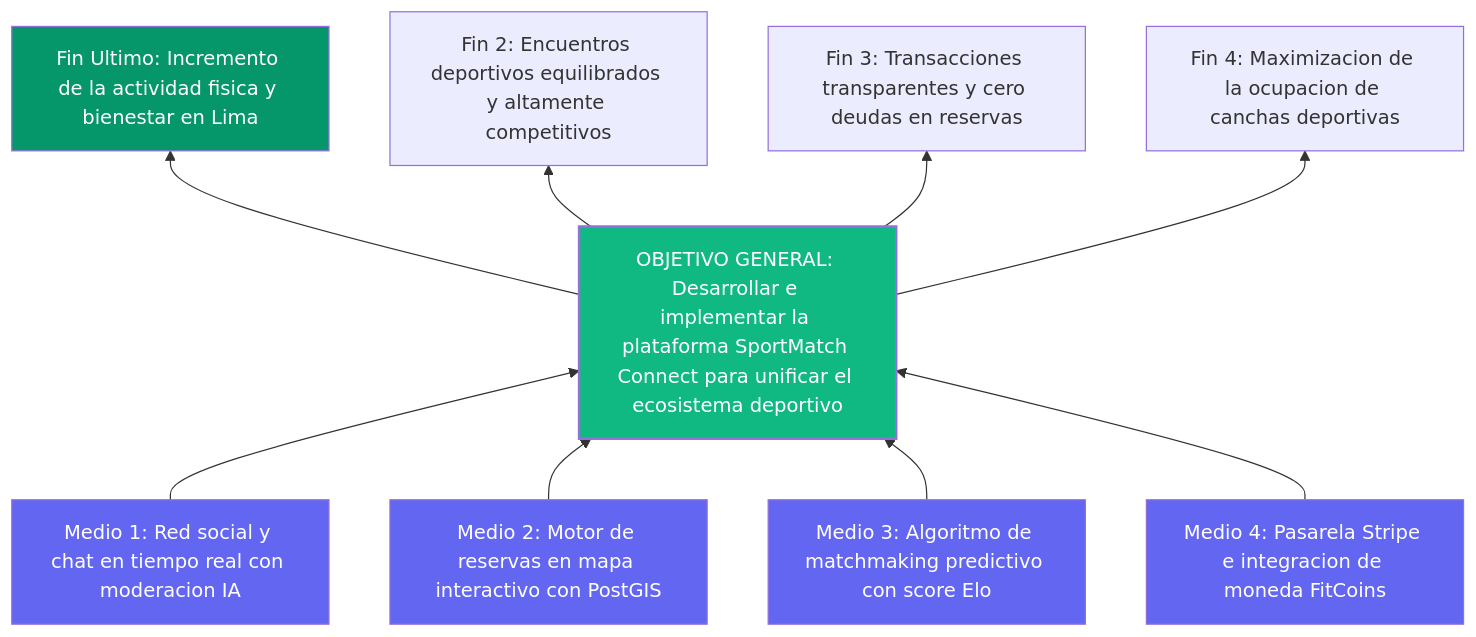
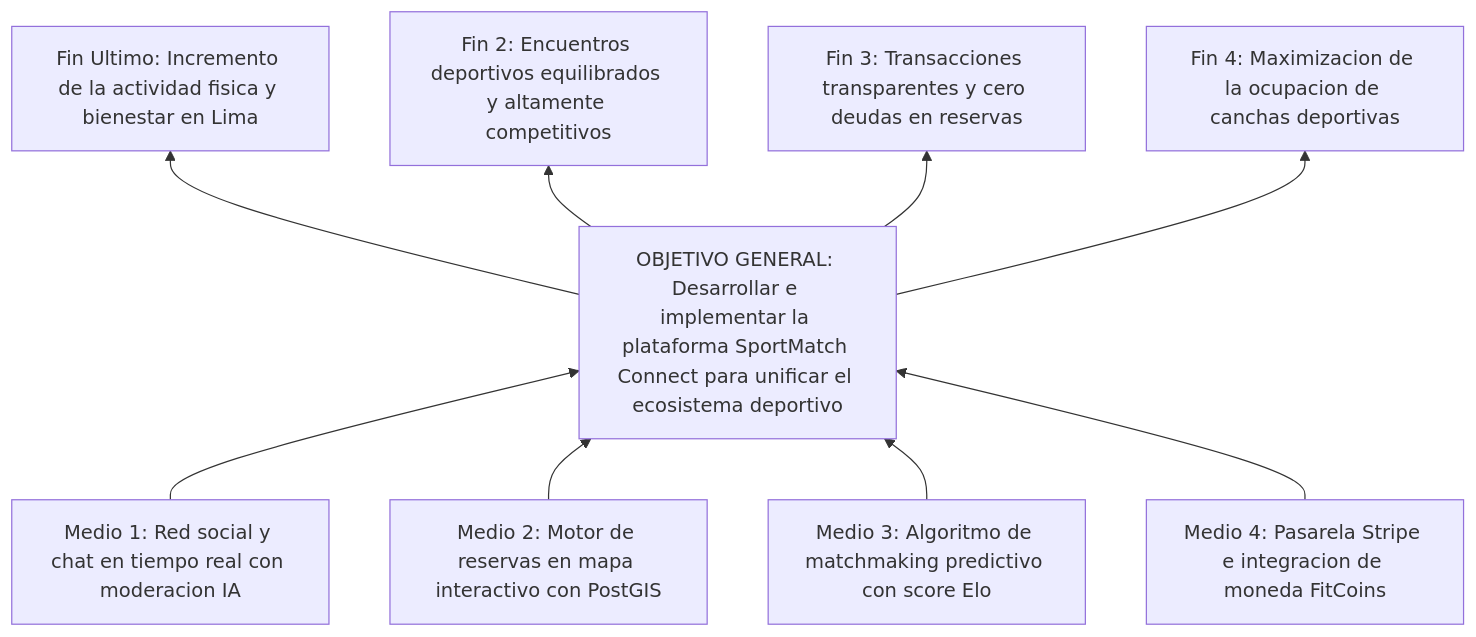
One commit to jojiz29/sportmatch-connect changed the second of 9 diagrams in TESIS_FINAL_SPORTMATCH_ES.md. Above: the diagram before and after it, drawn with Mermaid. The commit also changed other lines of this file and 7 other files, not shown here.

````diff
--- a/TESIS_FINAL_SPORTMATCH_ES.md
+++ b/TESIS_FINAL_SPORTMATCH_ES.md
@@ -304,30 +169,23 @@
 ```mermaid
 graph BT
     FIN1[Fin Ultimo: Incremento de la actividad fisica y bienestar en Lima]
     FIN2[Fin 2: Encuentros deportivos equilibrados y altamente competitivos]
     FIN3[Fin 3: Transacciones transparentes y cero deudas en reservas]
     FIN4[Fin 4: Maximizacion de la ocupacion de canchas deportivas]
     
     OBJ[OBJETIVO GENERAL: Desarrollar e implementar la plataforma SportMatch Connect para unificar el ecosistema deportivo]
     
     M1[Medio 1: Red social y chat en tiempo real con moderacion IA]
     M2[Medio 2: Motor de reservas en mapa interactivo con PostGIS]
     M3[Medio 3: Algoritmo de matchmaking predictivo con score Elo]
     M4[Medio 4: Pasarela Stripe e integracion de moneda FitCoins]
     
     M1 --> OBJ
     M2 --> OBJ
     M3 --> OBJ
     M4 --> OBJ
     OBJ --> FIN1
     OBJ --> FIN2
     OBJ --> FIN3
     OBJ --> FIN4
-    
-    style OBJ fill:#10b981,color:#fff,stroke-width:2px
-    style FIN1 fill:#059669,color:#fff
-    style M1 fill:#6366f1,color:#fff
-    style M2 fill:#6366f1,color:#fff
-    style M3 fill:#6366f1,color:#fff
-    style M4 fill:#6366f1,color:#fff
 ```
````
